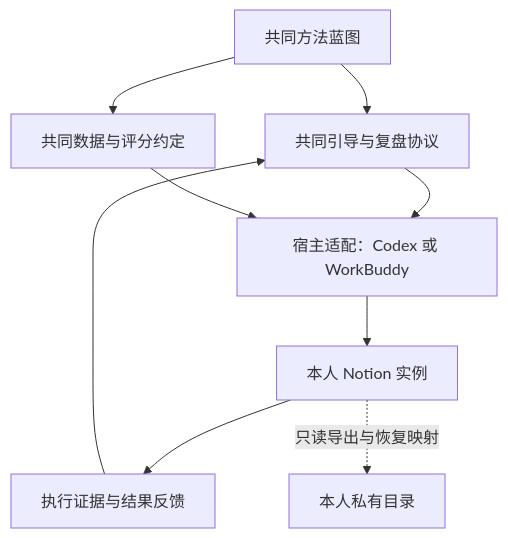
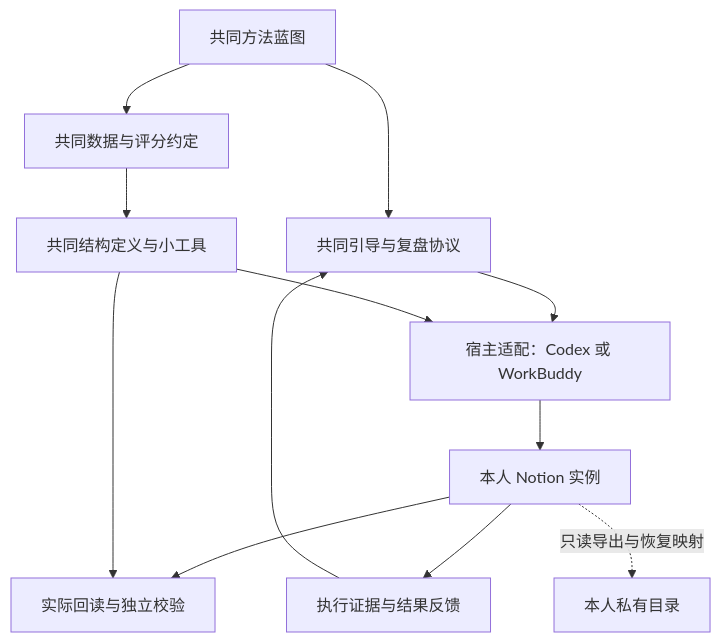
Before and after one commit to yal923/twelve-week-year-kit: the diagram in docs/architecture.md, drawn with Mermaid. The commit also changed other lines of this file and 13 other files, not shown here.

````diff
--- a/docs/architecture.md
+++ b/docs/architecture.md
@@ -17,11 +17,14 @@
 ```mermaid
 flowchart TD
   B[共同方法蓝图] --> P[共同引导与复盘协议]
   B --> C[共同数据与评分约定]
   P --> H[宿主适配：Codex 或 WorkBuddy]
-  C --> H
+  C --> T[共同结构定义与小工具]
+  T --> H
   H --> N[本人 Notion 实例]
+  N --> V[实际回读与独立校验]
+  T --> V
   N --> F[执行证据与结果反馈]
   F --> P
   N -. 只读导出与恢复映射 .-> L[本人私有目录]
 ```
````
